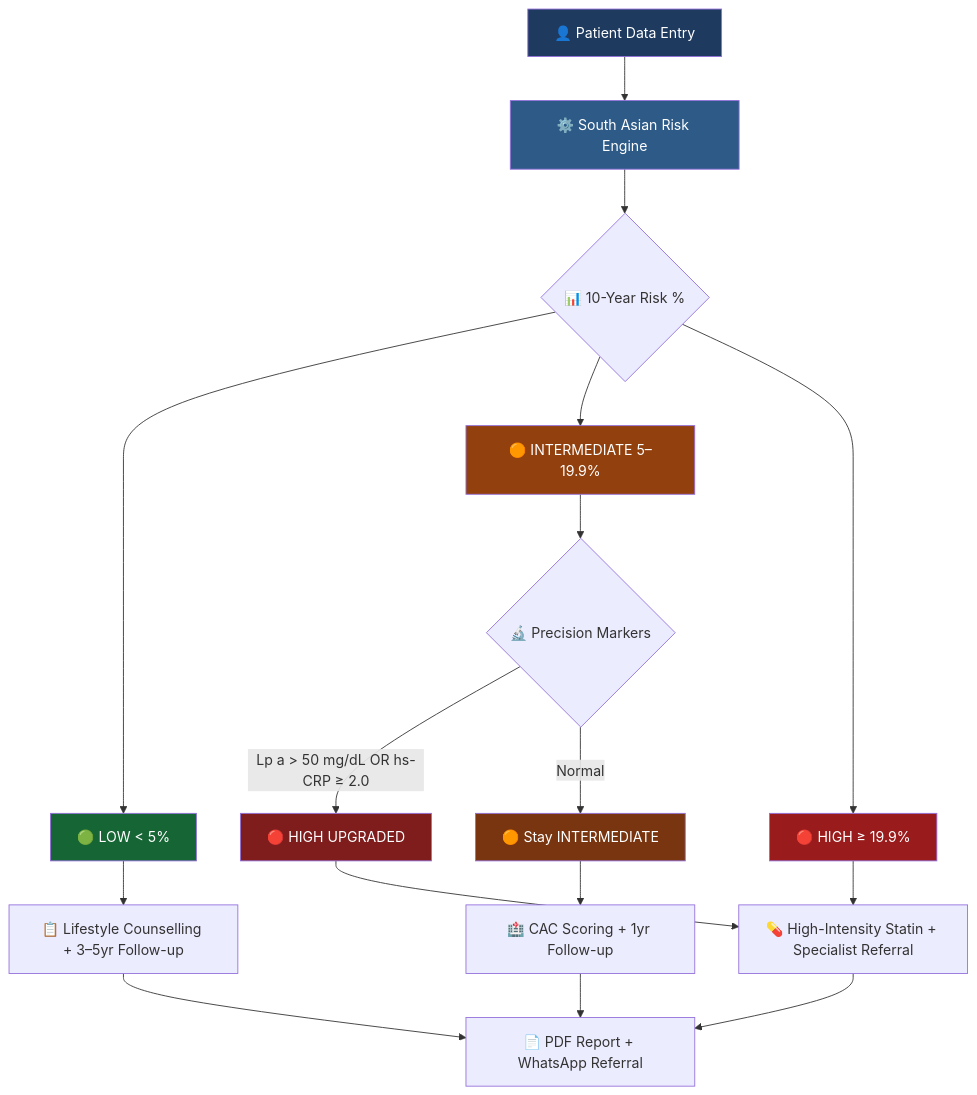
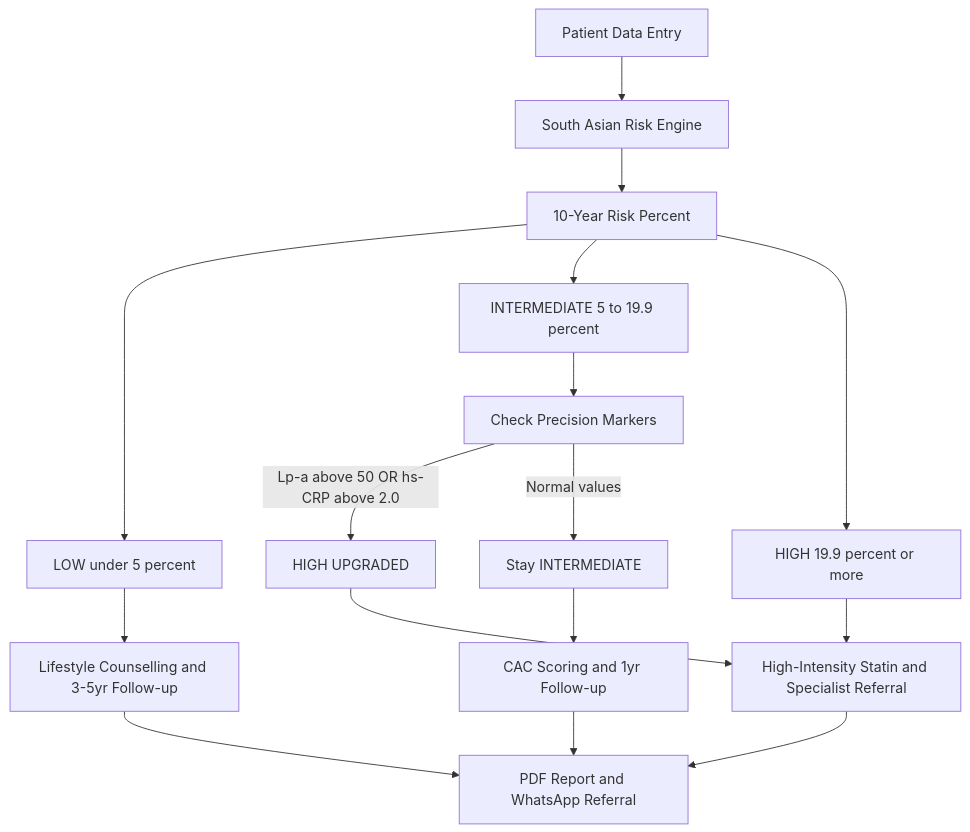
Before and after one commit to saikeerthana999/CalciTrack: the first of 6 diagrams in README.md, drawn with Mermaid. The commit also changed other lines of this file and 1 other file, not shown here.

````diff
--- a/README.md
+++ b/README.md
@@ -48,26 +48,18 @@
 ```mermaid
 graph TB
-    A[👤 Patient Data Entry] --> B[⚙️ South Asian Risk Engine]
-    B --> C{📊 10-Year Risk %}
-    C --> D[🟢 LOW < 5%]
-    C --> E[🟠 INTERMEDIATE 5–19.9%]
-    C --> F[🔴 HIGH ≥ 19.9%]
-    E --> G{🔬 Precision Markers}
-    G --> |Lp a > 50 mg/dL OR hs-CRP ≥ 2.0| H[🔴 HIGH UPGRADED]
-    G --> |Normal| I[🟠 Stay INTERMEDIATE]
-    D --> J[📋 Lifestyle Counselling + 3–5yr Follow-up]
-    I --> K[🏥 CAC Scoring + 1yr Follow-up]
-    H --> L[💊 High-Intensity Statin + Specialist Referral]
+    A[Patient Data Entry] --> B[South Asian Risk Engine]
+    B --> C[10-Year Risk Percent]
+    C --> D[LOW under 5 percent]
+    C --> E[INTERMEDIATE 5 to 19.9 percent]
+    C --> F[HIGH 19.9 percent or more]
+    E --> G[Check Precision Markers]
+    G -->|Lp-a above 50 OR hs-CRP above 2.0| H[HIGH UPGRADED]
+    G -->|Normal values| I[Stay INTERMEDIATE]
+    D --> J[Lifestyle Counselling and 3-5yr Follow-up]
+    I --> K[CAC Scoring and 1yr Follow-up]
+    H --> L[High-Intensity Statin and Specialist Referral]
     F --> L
-    L --> M[📄 PDF Report + WhatsApp Referral]
+    L --> M[PDF Report and WhatsApp Referral]
     J --> M
     K --> M
-
-    style A fill:#1e3a5f,color:#fff
-    style B fill:#2d5a87,color:#fff
-    style D fill:#166534,color:#fff
-    style E fill:#92400e,color:#fff
-    style F fill:#991b1b,color:#fff
-    style H fill:#7f1d1d,color:#fff
-    style I fill:#78350f,color:#fff
 ```
````
